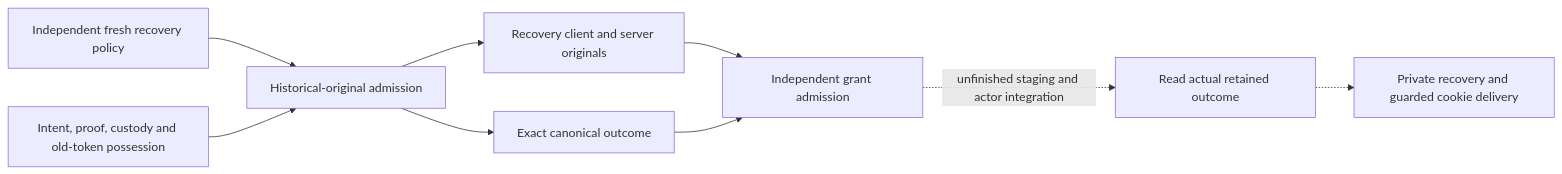
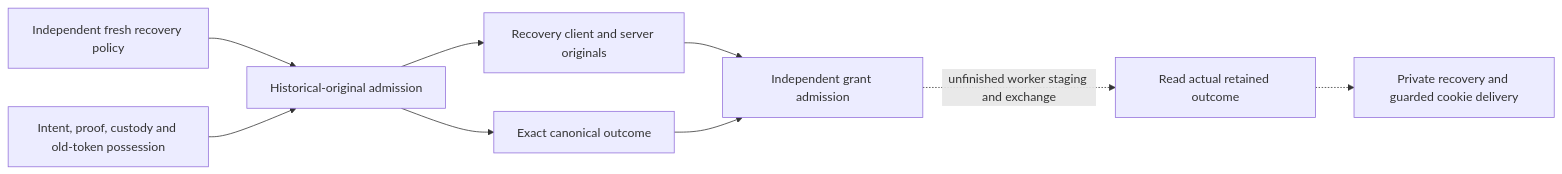
One commit to AndrewMohawk/catchplate changed the second of 2 diagrams in docs/oidc-session-activation-public-recovery.md. Above: the diagram before and after it, drawn with Mermaid. The commit also changed other lines of this file and 23 other files, not shown here.

````diff
--- a/docs/oidc-session-activation-public-recovery.md
+++ b/docs/oidc-session-activation-public-recovery.md
@@ -127,11 +168,11 @@
 ```mermaid
 flowchart LR
   P[Independent fresh recovery policy] --> G[Historical-original admission]
   H[Intent, proof, custody and old-token possession] --> G
   G --> C[Recovery client and server originals]
   G --> O[Exact canonical outcome]
   C --> V[Independent grant admission]
   O --> V
-  V -. unfinished staging and actor integration .-> S[Read actual retained outcome]
+  V -. unfinished worker staging and exchange .-> S[Read actual retained outcome]
   S -.-> R[Private recovery and guarded cookie delivery]
 ```
````
